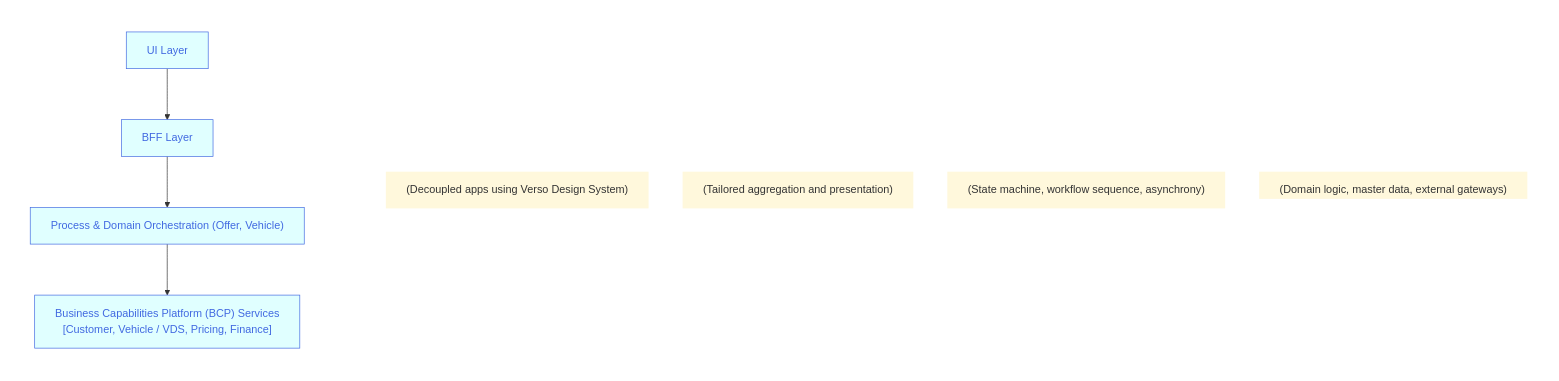
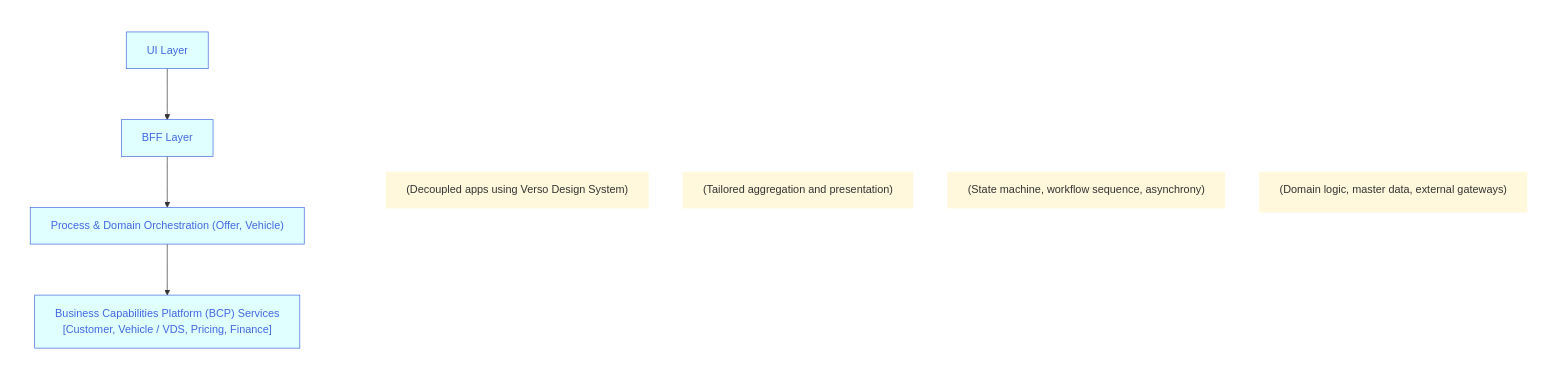
Before and after one commit to joe-dorward/samples: the diagram in buttons_mermaid_v3.md, drawn with Mermaid.

````diff
--- a/buttons_mermaid_v3.md
+++ b/buttons_mermaid_v3.md
@@ -3,50 +3,50 @@
 ```mermaid
   %%{
     init: {
       "flowchart": { "markdownAutoWrap":"false", "textWrap":"false", "wrappingWidth": "100%" }
     }
   }%%
   flowchart LR
 
   classDef Button fill:lightcyan, stroke:royalblue, color:royalblue;
   classDef Note fill:cornsilk, stroke:transparent;
   %% ---------- ---------- ---------- ---------- ---------- ---------- ---------- ---------- ---------- ----------
   subgraph BUTTONS
     direction TD
 
     BUTTON_01["UI Layer"]:::Button
     click BUTTON_01 "https://en.wikipedia.org/wiki/Main_Page" _blank
 
     BUTTON_02["BFF Layer"]:::Button
     click BUTTON_02 "https://en.wikipedia.org/wiki/Main_Page" _blank
 
     BUTTON_03["Process & Domain Orchestration (Offer, Vehicle)"]:::Button
     click BUTTON_03 "https://en.wikipedia.org/wiki/Main_Page" _blank
 
     BUTTON_04["Business Capabilities Platform (BCP) Services<br/>[Customer, Vehicle / VDS, Pricing, Finance]"]:::Button
     click BUTTON_04 "https://en.wikipedia.org/wiki/Main_Page" _blank
   end
 
   %% ---------- ---------- ---------- ---------- ---------- ---------- ---------- ---------- ---------- ----------
   subgraph NOTES
     direction TD
     BUTTON_01_NOTE["(Decoupled apps using Verso Design System)"]:::Note
     BUTTON_02_NOTE["(Tailored aggregation and presentation)"]:::Note
     BUTTON_03_NOTE["(State machine, workflow sequence, asynchrony)"]:::Note
     BUTTON_04_NOTE["(Domain logic, master data, external gateways)"]:::Note
   end
   %% ---------- ---------- ---------- ---------- ---------- ---------- ---------- ---------- ---------- ----------
   %% invisibly connect BUTTONS (sub-graph) to NOTES (sub-graph)
   BUTTONS~~~
   NOTES
   %% ---------- ---------- ---------- ---------- ---------- ---------- ---------- ---------- ---------- ----------
   %% connect buttons
   BUTTON_01-->
   BUTTON_02-->
   BUTTON_03-->
   BUTTON_04
   %% ---------- ---------- ---------- ---------- ---------- ---------- ---------- ---------- ---------- ----------
   style BUTTONS fill:transparent,color:white,stroke-width:0px
   style NOTES fill:transparent,color:white,stroke-width:0px
-  style BUTTON_04_NOTE height:40px;
+  style BUTTON_04_NOTE height:60px;
 ```
````
